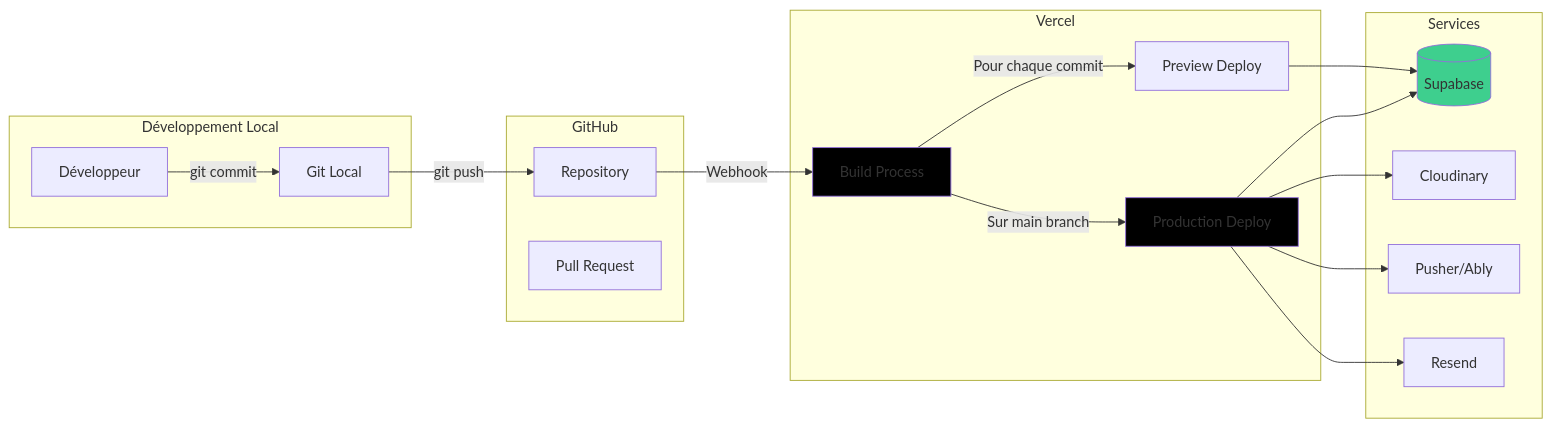
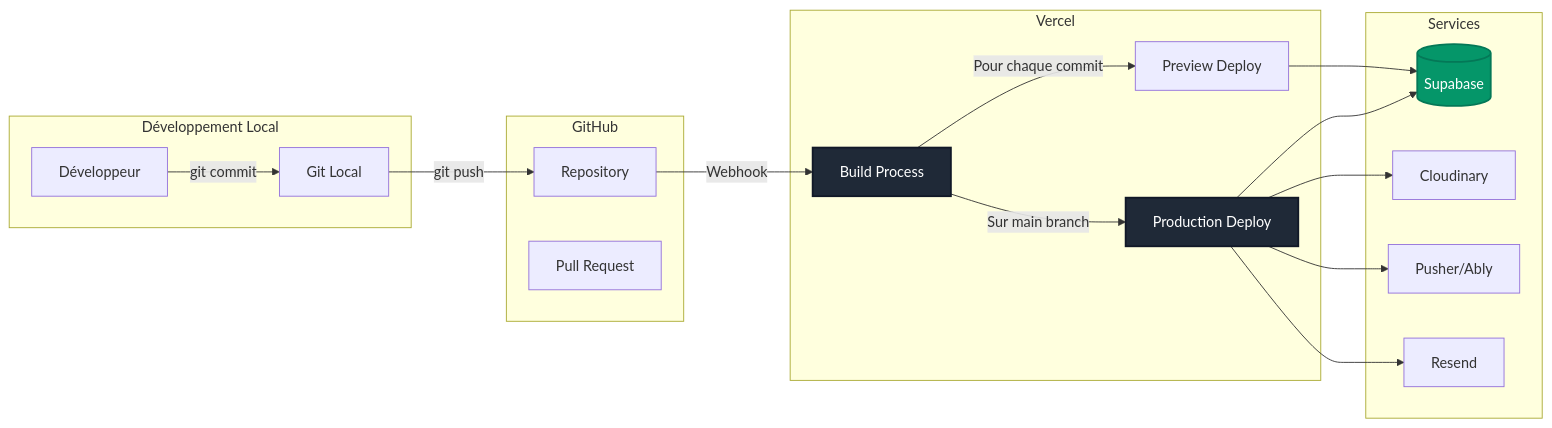
One commit to inskillflow/next-auth-demo-2-match changed diagram 23 of 32 in documentation/16-diagrammes-architecture.md. Above: the diagram before and after it, drawn with Mermaid. The commit also changed other lines of this file, not shown here.

````diff
--- a/documentation/16-diagrammes-architecture.md
+++ b/documentation/16-diagrammes-architecture.md
@@ -1024,43 +1024,43 @@
 ```mermaid
 graph LR
     subgraph "Développement Local"
         Dev[Développeur]
         Git[Git Local]
     end
     
     subgraph "GitHub"
         Repo[Repository]
         PR[Pull Request]
     end
     
     subgraph "Vercel"
         Build[Build Process]
         Preview[Preview Deploy]
         Prod[Production Deploy]
     end
     
     subgraph "Services"
         DB[(Supabase)]
         Cloud[Cloudinary]
         Push[Pusher/Ably]
         Mail[Resend]
     end
     
     Dev -->|git commit| Git
     Git -->|git push| Repo
     Repo -->|Webhook| Build
     
     Build -->|Pour chaque commit| Preview
     Build -->|Sur main branch| Prod
     
     Preview --> DB
     Prod --> DB
     
     Prod --> Cloud
     Prod --> Push
     Prod --> Mail
     
-    style Build fill:#000
-    style Prod fill:#000
-    style DB fill:#3ecf8e
+    style Build fill:#1f2937,stroke:#111827,stroke-width:2px,color:#fff
+    style Prod fill:#1f2937,stroke:#111827,stroke-width:2px,color:#fff
+    style DB fill:#059669,stroke:#047857,stroke-width:2px,color:#fff
 ```
````
